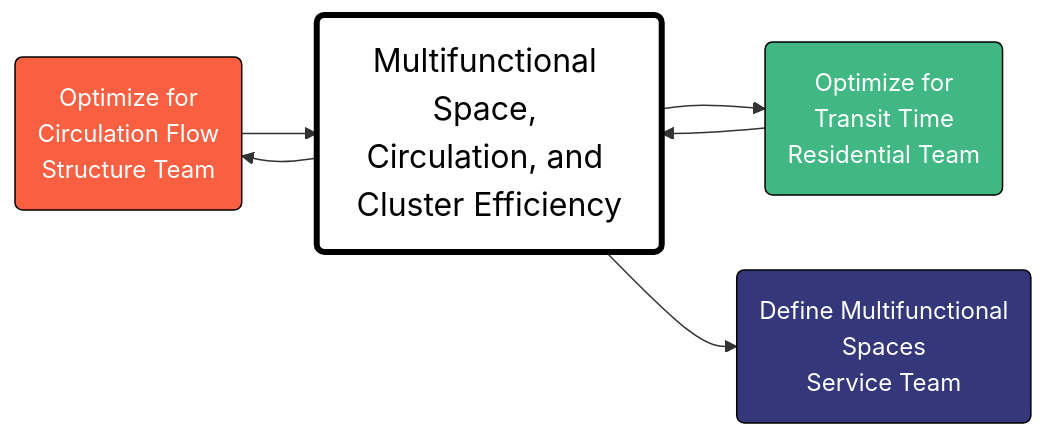
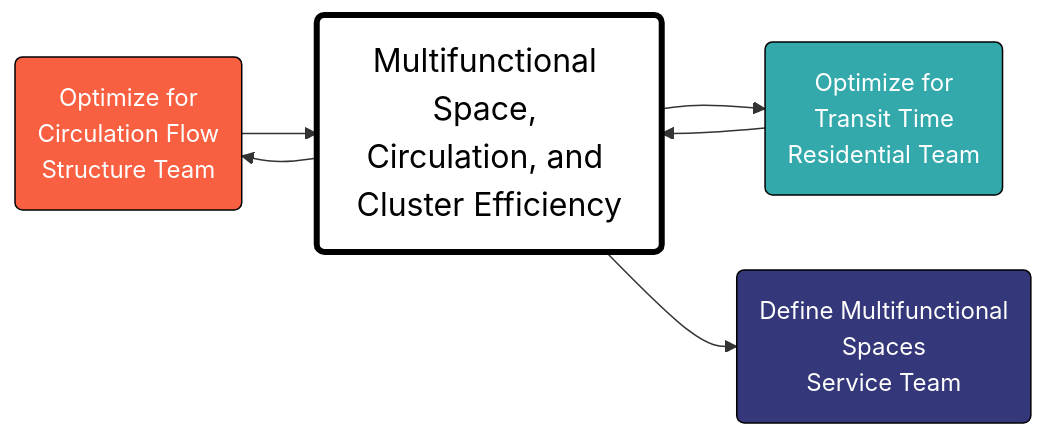
The fourth of 4 diagrams in Notes/scl_notes.md (sclebow-iaac/bimsc25_studio-a_team-7), drawn with Mermaid before and after one commit.

Commit message:
Update residential style color in scl_notes.md for improved visualization

````diff
--- a/Notes/scl_notes.md
+++ b/Notes/scl_notes.md
@@ -329,20 +329,20 @@
 ```mermaid
     graph LR
 
     Structure(Optimize for <br>Circulation Flow<br>Structure Team)
     Residential(Optimize for <br>Transit Time<br>Residential Team)
     Service(Define Multifunctional <br>Spaces<br>Service Team)
     Concept(Multifunctional Space, <br>Circulation, and <br>Cluster Efficiency)
 
     Structure --> Concept
     Residential --> Concept
 
     Concept --> Structure
     Concept --> Residential
     Concept --> Service
 
     style Structure fill:#f86041, stroke:black, color:#fff
-    style Residential fill:#41b883, stroke:black, color:#fff
+    style Residential fill:#33a9ac, stroke:black, color:#fff
     style Service fill:#343779, stroke:black, color:#fff
     style Concept fill:#fff, stroke:black, color:#000, stroke-width:4px, font-size:16pt
 ```
````
